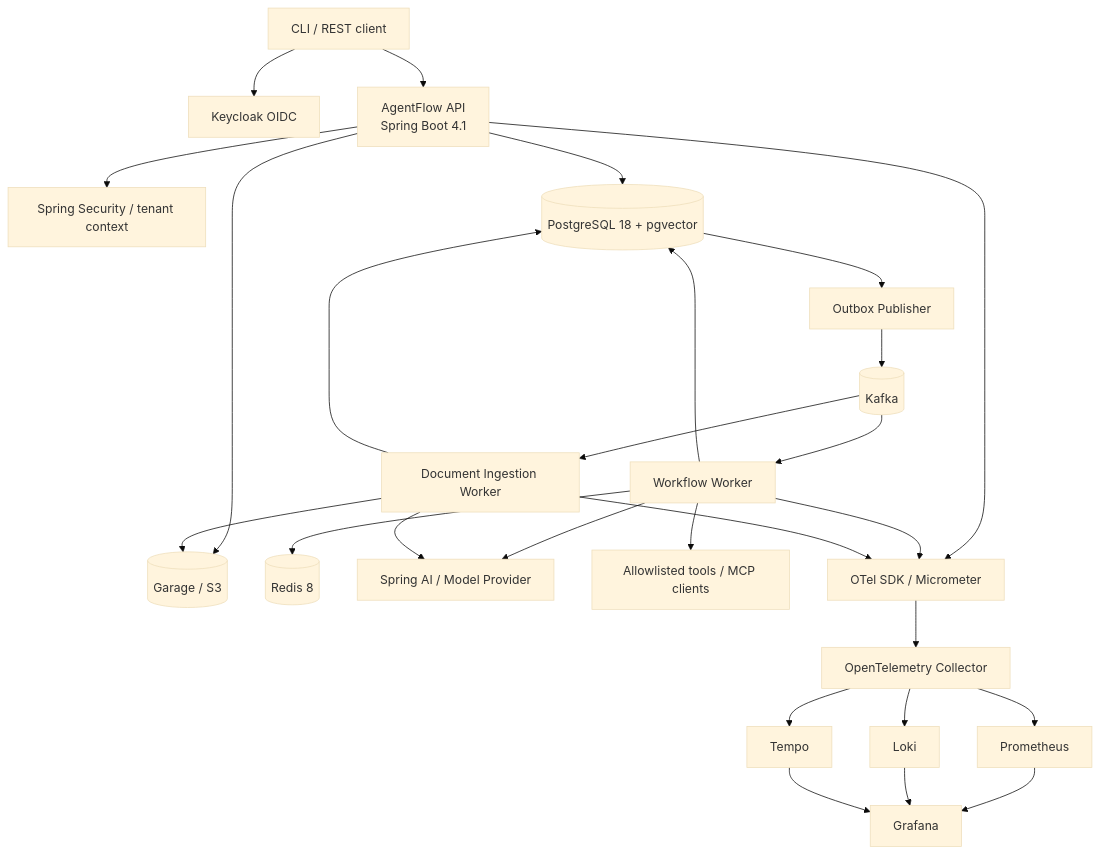
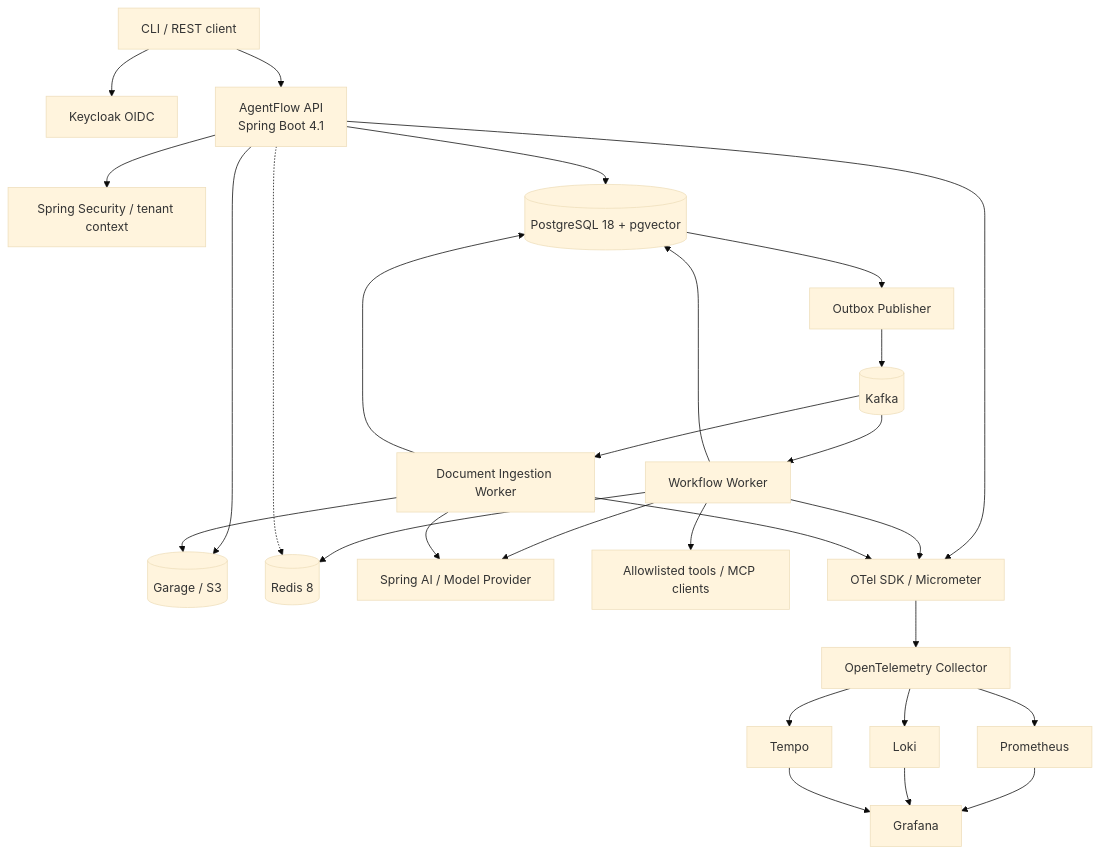
The first of 3 diagrams in AGENTFLOW_ARCHITECTURE_AND_PLAN.md (JavaCoDED78/agentflow), drawn with Mermaid (base theme) before and after one commit. The commit also changed other lines of this file and 5 other files, not shown here.

````diff
--- a/AGENTFLOW_ARCHITECTURE_AND_PLAN.md
+++ b/AGENTFLOW_ARCHITECTURE_AND_PLAN.md
@@ -124,29 +128,30 @@
 ```mermaid
 flowchart TB
     Client[CLI / REST client] --> KC[Keycloak OIDC]
     Client --> API[AgentFlow API\nSpring Boot 4.1]
     API --> SEC[Spring Security / tenant context]
     API --> PG[(PostgreSQL 18 + pgvector)]
     API --> OBJ[(Garage / S3)]
     PG --> OUTBOX[Outbox Publisher]
     OUTBOX --> K[(Kafka)]
     K --> W[Workflow Worker]
     K --> DW[Document Ingestion Worker]
     W --> PG
     W --> REDIS[(Redis 8)]
+    API -.-> REDIS
     W --> AI[Spring AI / Model Provider]
     W --> TOOLS[Allowlisted tools / MCP clients]
     DW --> OBJ
     DW --> PG
     DW --> AI
     API --> OTEL[OTel SDK / Micrometer]
     W --> OTEL
     DW --> OTEL
     OTEL --> COL[OpenTelemetry Collector]
     COL --> PROM[Prometheus]
     COL --> LOKI[Loki]
     COL --> TEMPO[Tempo]
     PROM --> GRAF[Grafana]
     LOKI --> GRAF
     TEMPO --> GRAF
 ```
````
